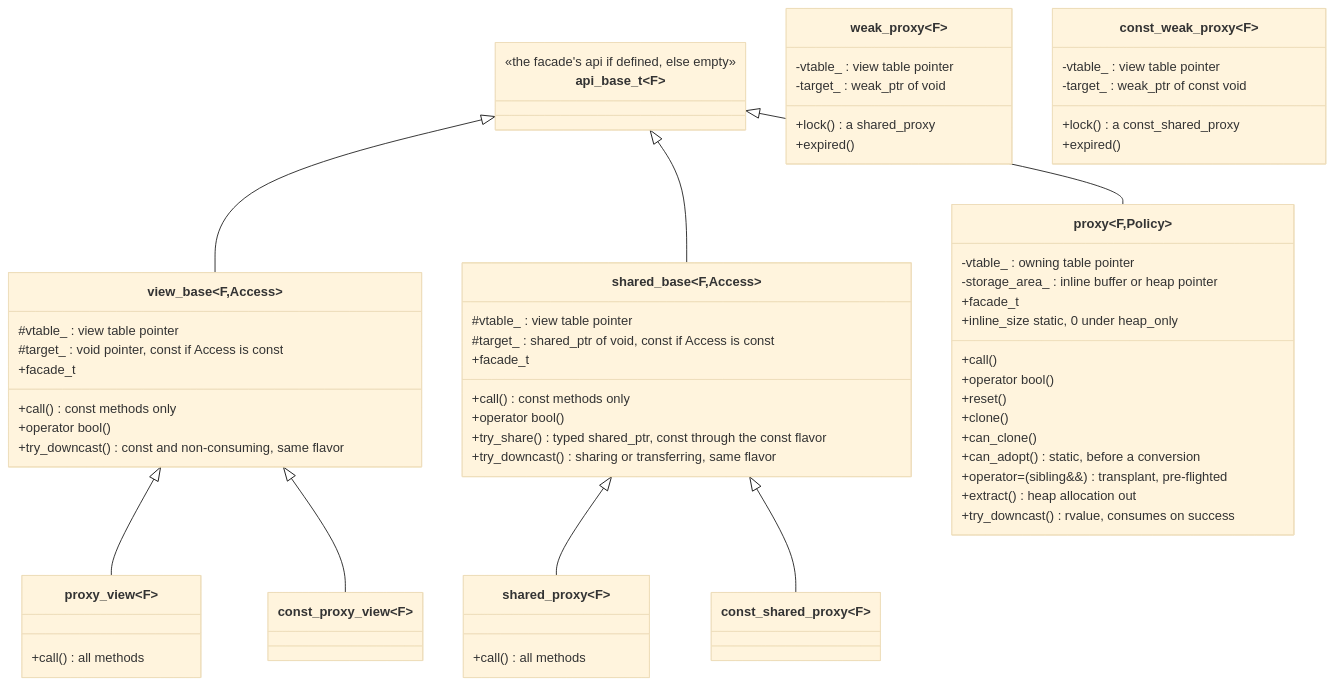
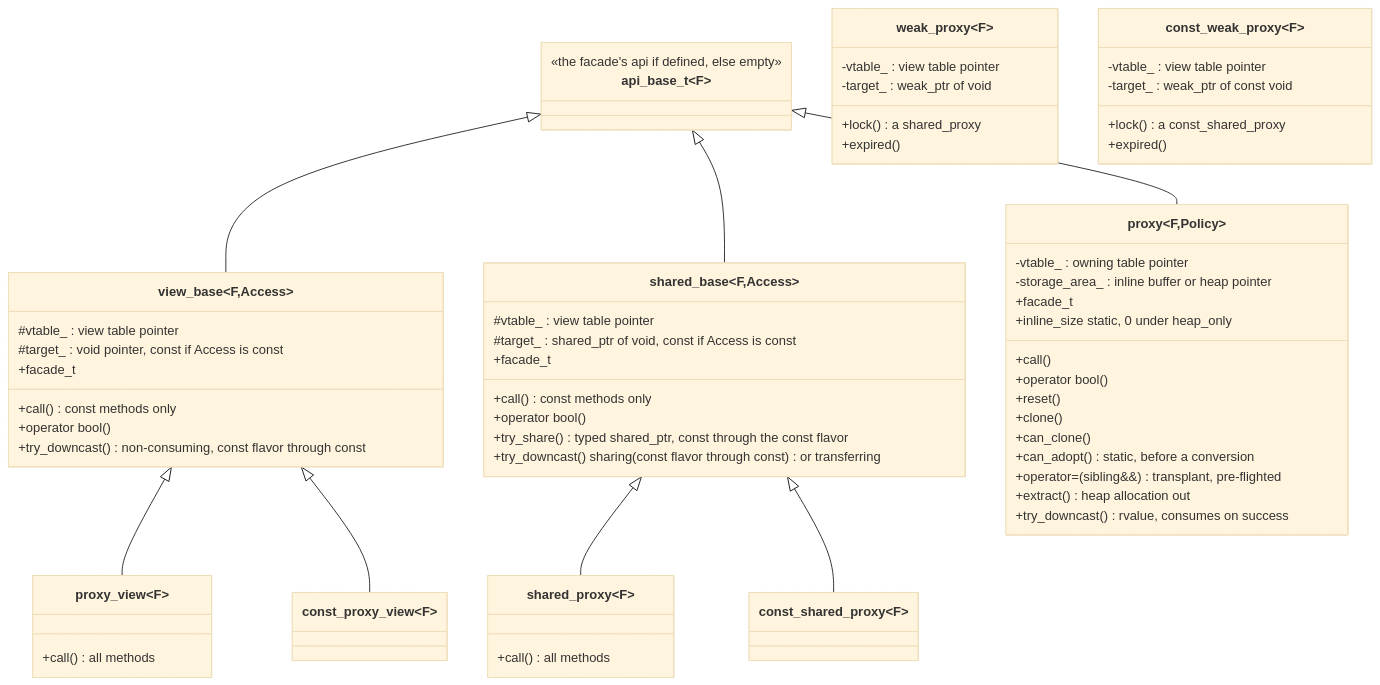
The second of 8 diagrams in corvid/meta/invoke/proxy.md (stevensudit/Corvid), drawn with Mermaid (base theme) before and after one commit. The commit also changed other lines of this file and 3 other files, not shown here.

````diff
--- a/corvid/meta/invoke/proxy.md
+++ b/corvid/meta/invoke/proxy.md
@@ -955,67 +955,67 @@
 ```mermaid
 classDiagram
     class api_base_t~F~ {
         <<the facade's api if defined, else empty>>
     }
     class view_base~F,Access~ {
         #vtable_ : view table pointer
         #target_ : void pointer, const if Access is const
         +facade_t
         +call() const methods only
         +operator bool()
-        +try_downcast() const and non-consuming, same flavor
+        +try_downcast() non-consuming, const flavor through const
     }
     class shared_base~F,Access~ {
         #vtable_ : view table pointer
         #target_ : shared_ptr of void, const if Access is const
         +facade_t
         +call() const methods only
         +operator bool()
         +try_share() typed shared_ptr, const through the const flavor
-        +try_downcast() sharing or transferring, same flavor
+        +try_downcast() sharing (const flavor through const) or transferring
     }
     class proxy_view~F~ {
         +call() all methods
     }
     class const_proxy_view~F~ {
     }
     class proxy~F,Policy~ {
         -vtable_ : owning table pointer
         -storage_area_ : inline buffer or heap pointer
         +facade_t
         +inline_size static, 0 under heap_only
         +call()
         +operator bool()
         +reset()
         +clone()
         +can_clone()
         +can_adopt() static, before a conversion
         +operator=(sibling&&) transplant, pre-flighted
         +extract() heap allocation out
         +try_downcast() rvalue, consumes on success
     }
     class shared_proxy~F~ {
         +call() all methods
     }
     class const_shared_proxy~F~ {
     }
     class weak_proxy~F~ {
         -vtable_ : view table pointer
         -target_ : weak_ptr of void
         +lock() a shared_proxy
         +expired()
     }
     class const_weak_proxy~F~ {
         -vtable_ : view table pointer
         -target_ : weak_ptr of const void
         +lock() a const_shared_proxy
         +expired()
     }
     api_base_t <|-- view_base
     view_base <|-- proxy_view
     view_base <|-- const_proxy_view
     api_base_t <|-- proxy
     api_base_t <|-- shared_base
     shared_base <|-- shared_proxy
     shared_base <|-- const_shared_proxy
 ```
````
